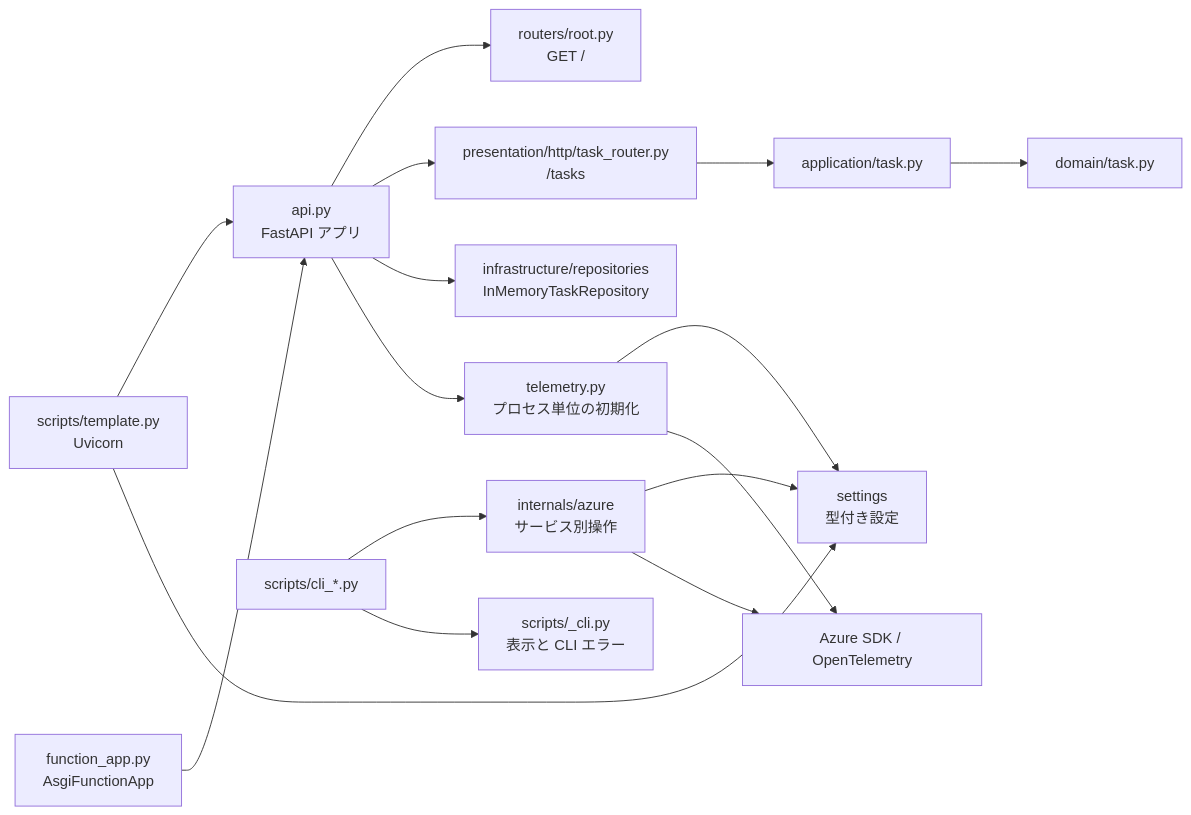
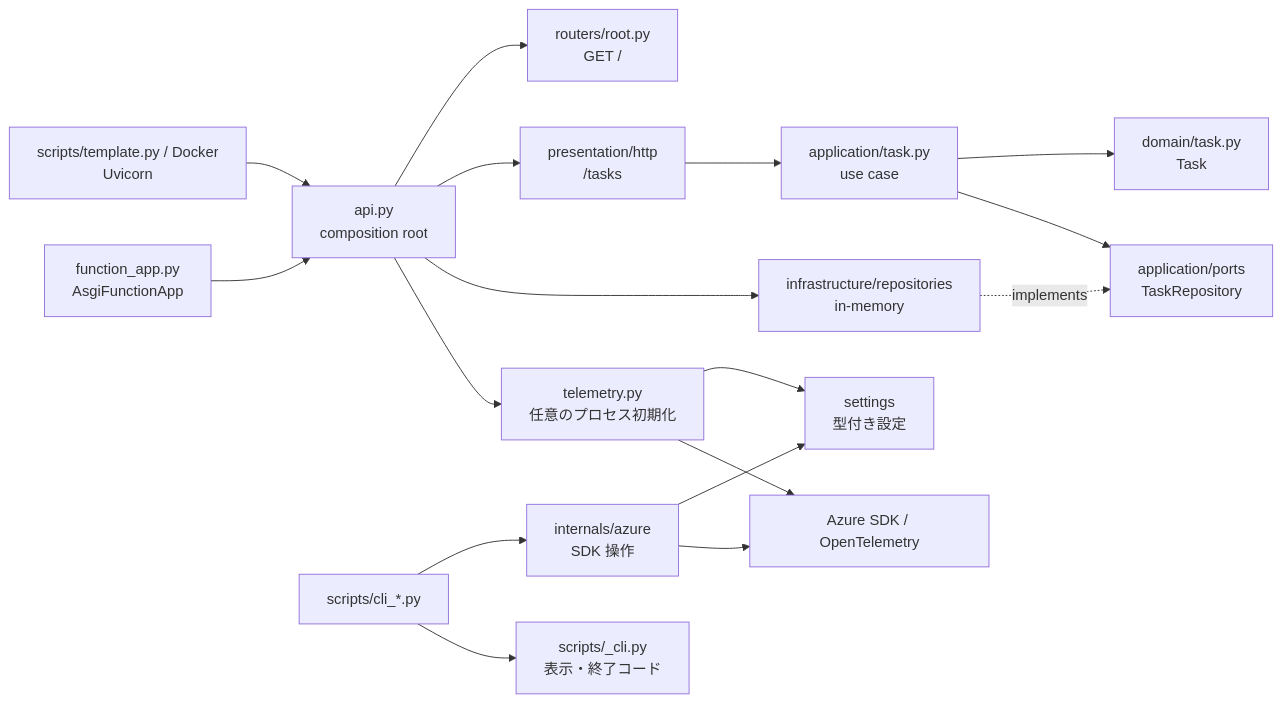
One commit to ks6088ts-labs/template-azure-python changed the diagram in docs/architecture/index.ja.md. Above: the diagram before and after it, drawn with Mermaid. The commit also changed other lines of this file and 11 other files, not shown here.

First line of the commit message:
Refactor architecture documentation and improve error handling

````diff
--- a/docs/architecture/index.ja.md
+++ b/docs/architecture/index.ja.md
@@ -123,18 +30,19 @@
 ```mermaid
 flowchart LR
-    launcher["scripts/template.py<br/>Uvicorn"] --> api["api.py<br/>FastAPI アプリ"]
+    launcher["scripts/template.py / Docker<br/>Uvicorn"] --> api["api.py<br/>composition root"]
     functions["function_app.py<br/>AsgiFunctionApp"] --> api
     api --> root["routers/root.py<br/>GET /"]
-    api --> tasks["presentation/http/task_router.py<br/>/tasks"]
-    tasks --> usecases["application/task.py"]
-    usecases --> domain["domain/task.py"]
-    api --> memory["infrastructure/repositories<br/>InMemoryTaskRepository"]
-    api --> telemetry["telemetry.py<br/>プロセス単位の初期化"]
-    cli["scripts/cli_*.py"] --> operations["internals/azure<br/>サービス別操作"]
-    cli --> presentation["scripts/_cli.py<br/>表示と CLI エラー"]
+    api --> http["presentation/http<br/>/tasks"]
+    http --> usecases["application/task.py<br/>use case"]
+    usecases --> domain["domain/task.py<br/>Task"]
+    usecases --> port["application/ports<br/>TaskRepository"]
+    api --> memory["infrastructure/repositories<br/>in-memory"]
+    memory -. implements .-> port
+    api --> telemetry["telemetry.py<br/>任意のプロセス初期化"]
+    cli["scripts/cli_*.py"] --> operations["internals/azure<br/>SDK 操作"]
+    cli --> output["scripts/_cli.py<br/>表示・終了コード"]
     operations --> settings["settings<br/>型付き設定"]
+    operations --> sdk["Azure SDK / OpenTelemetry"]
     telemetry --> settings
     telemetry --> sdk
-    launcher --> settings
-    operations --> sdk["Azure SDK / OpenTelemetry"]
 ```
````
